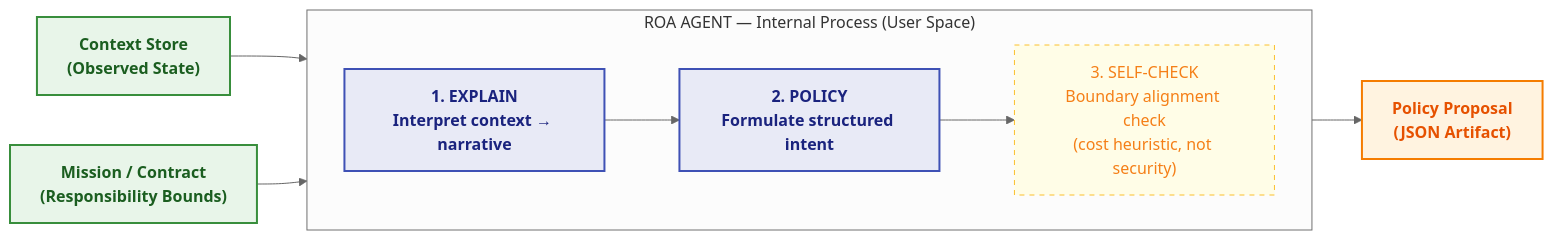
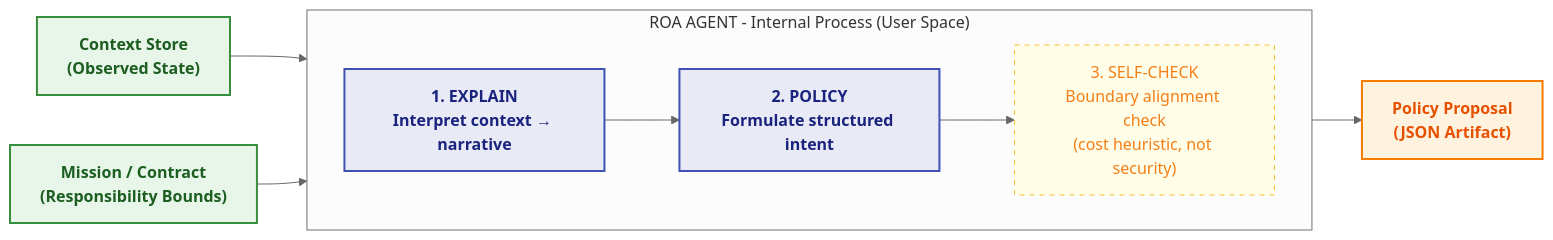
Before and after one commit to huka81/decision-intelligence-runtime: the third of 20 diagrams in docs/07-dir-minified/DIR-minified.md, drawn with Mermaid. The commit also changed other lines of this file and 6 other files, not shown here.

````diff
--- a/docs/07-dir-minified/DIR-minified.md
+++ b/docs/07-dir-minified/DIR-minified.md
@@ -282,25 +282,25 @@
 ```mermaid
 %%{init: {'theme': 'neutral'}}%%
 flowchart LR
     classDef kernelSpace fill:#E8F5E9,stroke:#388E3C,stroke-width:2px,color:#1B5E20,font-weight:bold
     classDef userSpace fill:#E8EAF6,stroke:#3F51B5,stroke-width:2px,color:#1A237E,font-weight:bold
     classDef eventStyle fill:#FFF3E0,stroke:#F57C00,stroke-width:2px,color:#E65100,font-weight:bold
     classDef noteStyle fill:#FFFDE7,stroke:#FBC02D,stroke-width:1px,color:#F57F17,stroke-dasharray: 5 5
 
     Context["Context Store<br>(Observed State)"]:::kernelSpace
     Contract["Mission / Contract<br>(Responsibility Bounds)"]:::kernelSpace
 
-    subgraph Agent ["ROA AGENT — Internal Process (User Space)"]
+    subgraph Agent ["ROA AGENT  -  Internal Process (User Space)"]
         direction LR
         Step1["1. EXPLAIN<br>Interpret context → narrative"]:::userSpace
         Step2["2. POLICY<br>Formulate structured intent"]:::userSpace
         Step3["3. SELF-CHECK<br>Boundary alignment check<br>(cost heuristic, not security)"]:::noteStyle
         Step1 --> Step2 --> Step3
     end
 
     Output["Policy Proposal<br>(JSON Artifact)"]:::eventStyle
 
     Context --> Agent
     Contract --> Agent
     Agent --> Output
 ```
````
